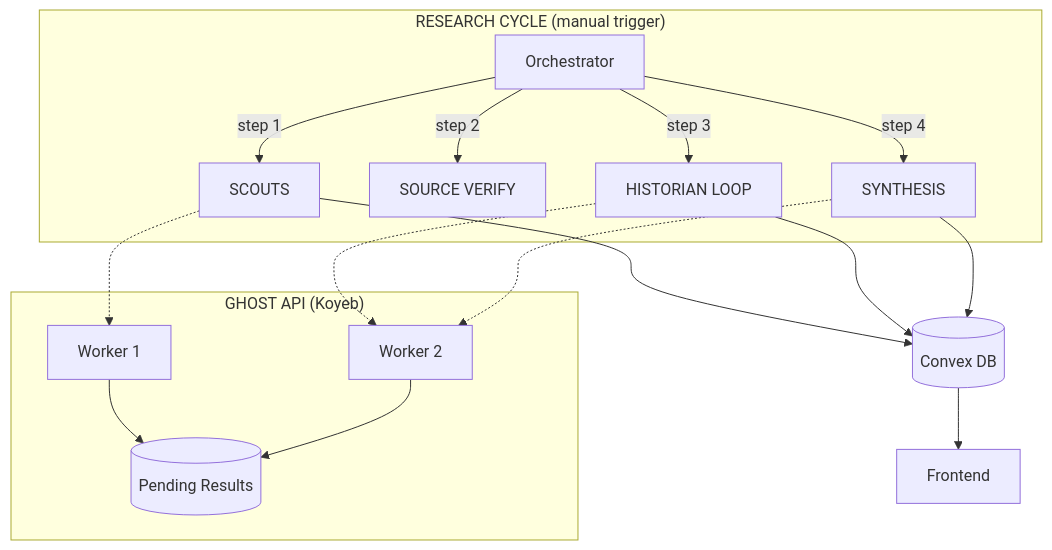
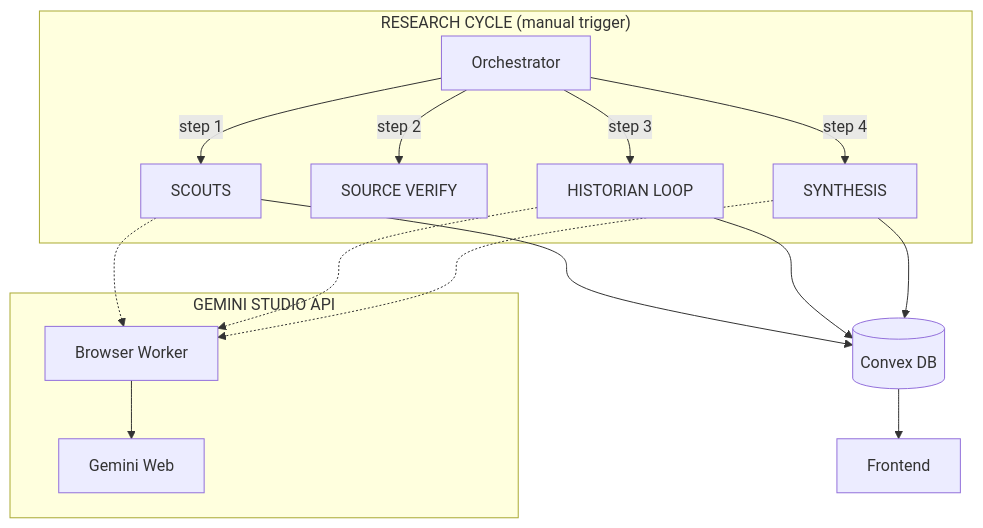
One commit to South-33/BorderClash changed the diagram in README.md. Above: the diagram before and after it, drawn with Mermaid. The commit also changed other lines of this file and 8 other files, not shown here.

````diff
--- a/README.md
+++ b/README.md
@@ -19,26 +19,24 @@
 ```mermaid
 graph TB
     subgraph "RESEARCH CYCLE (manual trigger)"
         ORCH[Orchestrator]
         ORCH -->|step 1| S[SCOUTS]
         ORCH -->|step 2| V[SOURCE VERIFY]
         ORCH -->|step 3| H[HISTORIAN LOOP]
         ORCH -->|step 4| SY[SYNTHESIS]
     end
     
-    subgraph "GHOST API (Koyeb)"
-        W1[Worker 1]
-        W2[Worker 2]
-        PENDING[(Pending Results)]
+    subgraph "GEMINI STUDIO API"
+        W1[Browser Worker]
+        W1 --> GW[Gemini Web]
     end
     
     S -.-> W1
-    H -.-> W2
-    SY -.-> W2
-    W1 & W2 --> PENDING
+    H -.-> W1
+    SY -.-> W1
     
     S --> DB[(Convex DB)]
     H --> DB
     SY --> DB
     DB --> FE[Frontend]
 ```
````
